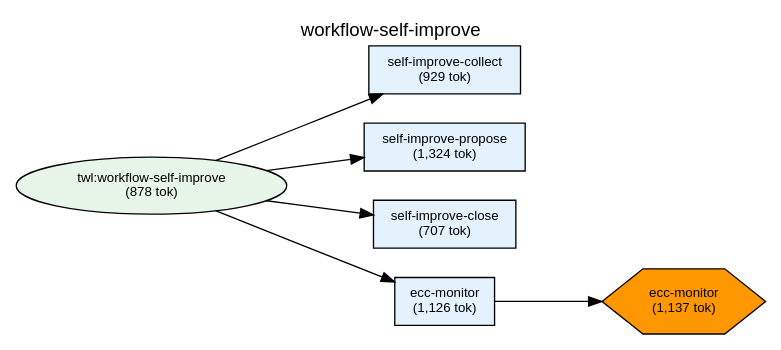
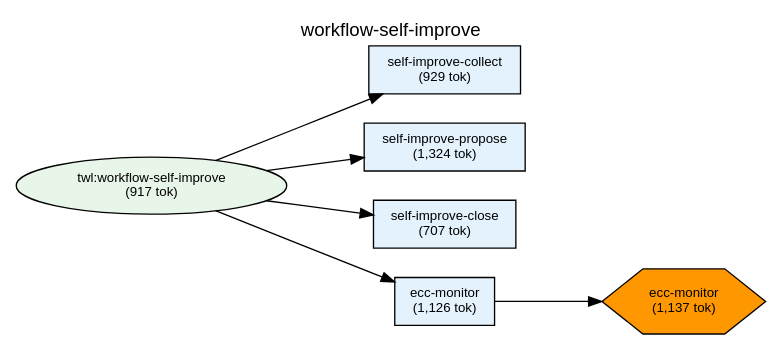
Before and after one commit to shuu5/twill: the diagram in plugins/twl/docs/deps-workflow-self-improve.dot, drawn with Graphviz. The commit also changed 41 other files, not shown here.

```diff
--- a/plugins/twl/docs/deps-workflow-self-improve.dot
+++ b/plugins/twl/docs/deps-workflow-self-improve.dot
@@ -1,54 +1,54 @@
 digraph Dependencies {
     // Graph settings
     rankdir=LR;
     ranksep=0.8;
     nodesep=0.3;
     fontname="Helvetica";
     node [fontname="Helvetica", fontsize=10];
     edge [fontname="Helvetica", fontsize=9];
     label="workflow-self-improve";
     labelloc=t;
     fontsize=14;
 
     // L0: Controller Skills
 
     // L0: Launchers
 
     // L0.5: Workflow Skills
-    skill_workflow_self_improve [label="twl:workflow-self-improve\n(878 tok)", shape=ellipse, style=filled, fillcolor="#e8f5e9"];
+    skill_workflow_self_improve [label="twl:workflow-self-improve\n(917 tok)", shape=ellipse, style=filled, fillcolor="#e8f5e9"];
 
     // Reference Skills
 
     // L1: Direct Commands
     cmd_self_improve_collect [label="self-improve-collect\n(929 tok)", shape=box, style=filled, fillcolor="#e3f2fd"];
     cmd_self_improve_propose [label="self-improve-propose\n(1,324 tok)", shape=box, style=filled, fillcolor="#e3f2fd"];
     cmd_self_improve_close [label="self-improve-close\n(707 tok)", shape=box, style=filled, fillcolor="#e3f2fd"];
     cmd_ecc_monitor [label="ecc-monitor\n(1,126 tok)", shape=box, style=filled, fillcolor="#e3f2fd"];
 
     // L2: Sub Commands
 
     // L3: Agents
 
     // L3.5: Scripts
     script_ecc_monitor [label="ecc-monitor\n(1,137 tok)", shape=hexagon, style=filled, fillcolor="#FF9800"];
 
     // L4: External
 
     // Layer constraints
     { rank=same; skill_workflow_self_improve; }
     { rank=same; cmd_self_improve_collect; cmd_self_improve_propose; cmd_self_improve_close; cmd_ecc_monitor; }
     { rank=same; script_ecc_monitor; }
 
     // Edges
     skill_workflow_self_improve -> cmd_self_improve_collect;
     skill_workflow_self_improve -> cmd_self_improve_propose;
     skill_workflow_self_improve -> cmd_self_improve_close;
     skill_workflow_self_improve -> cmd_ecc_monitor;
     cmd_ecc_monitor -> script_ecc_monitor;
 
     // Ordering constraints (invisible edges)
     cmd_self_improve_collect -> cmd_self_improve_propose [style=invis, weight=10];
     cmd_self_improve_propose -> cmd_self_improve_close [style=invis, weight=10];
     cmd_self_improve_close -> cmd_ecc_monitor [style=invis, weight=10];
 
 }
```
